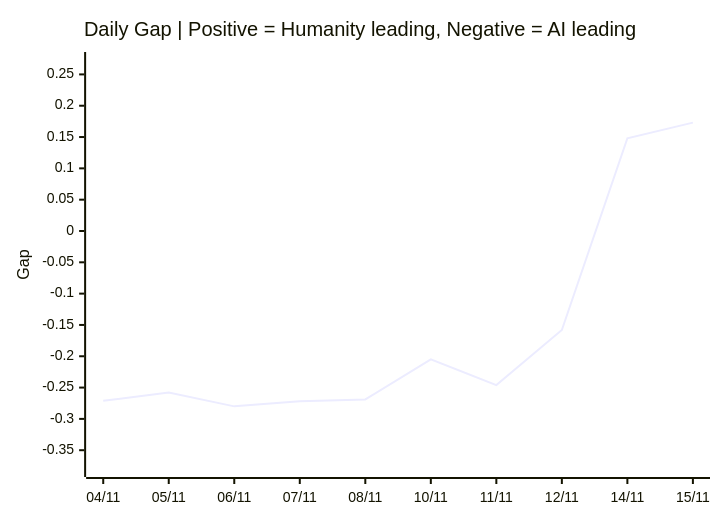
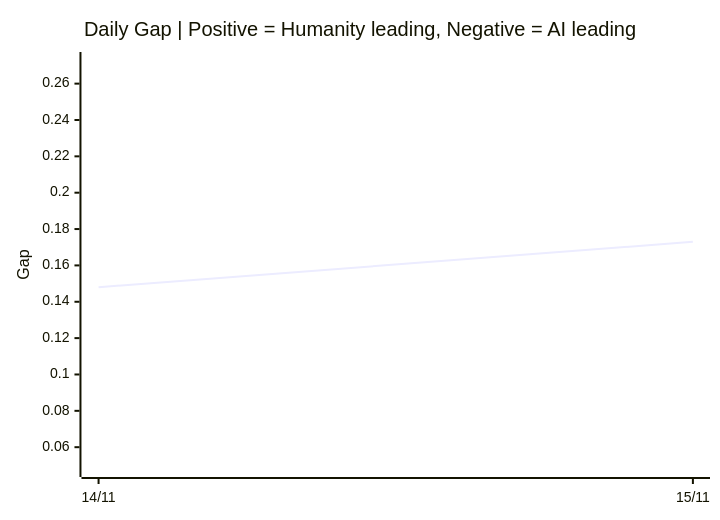
Before and after one commit to VQQLK/Human-AI-Monitor: the third of 3 diagrams in README.md, drawn with Mermaid. The commit also changed other lines of this file and 2 other files, not shown here.

````diff
--- a/README.md
+++ b/README.md
@@ -55,7 +55,7 @@
 ```mermaid
 xychart-beta
     title "Daily Gap | Positive = Humanity leading, Negative = AI leading"
-    x-axis ["04/11", "05/11", "06/11", "07/11", "08/11", "10/11", "11/11", "12/11", "14/11", "15/11"]
-    y-axis "Gap" -0.380 --> 0.273
-    line [-0.271, -0.258, -0.280, -0.272, -0.269, -0.205, -0.246, -0.158, 0.148, 0.173]
+    x-axis ["14/11", "15/11"]
+    y-axis "Gap" 0.048 --> 0.273
+    line [0.148, 0.173]
 ```
````
